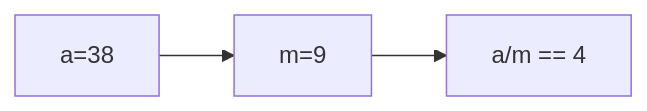
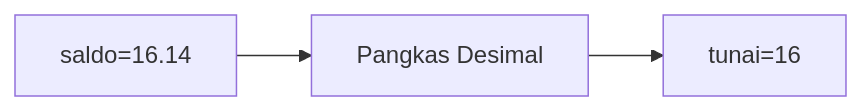
Before and after one commit to amnahwaida/OSNK_INF_PREP: the seventh of 25 diagrams in part-c-pemahaman-cpp/01-tipe-data/latihan/set-07.md, drawn with Mermaid. The commit also changed other lines of this file and 71 other files, not shown here.

````diff
--- a/part-c-pemahaman-cpp/01-tipe-data/latihan/set-07.md
+++ b/part-c-pemahaman-cpp/01-tipe-data/latihan/set-07.md
@@ -184,5 +194,5 @@
 ```mermaid
 graph LR
-A["a=38"] --> B["m=9"]
-B --> C["a/m == 4"]
+A["saldo=16.14"] --> B["Pangkas Desimal"]
+B --> C["tunai=16"]
 ```
````
